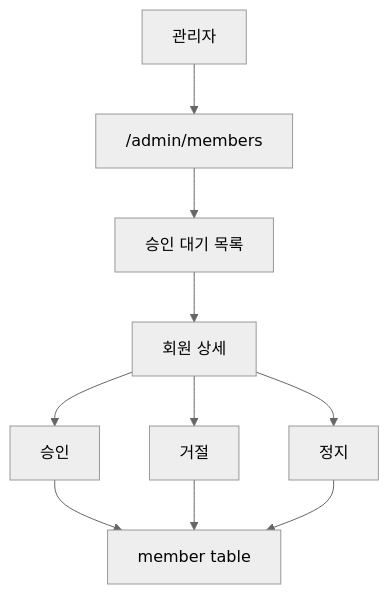
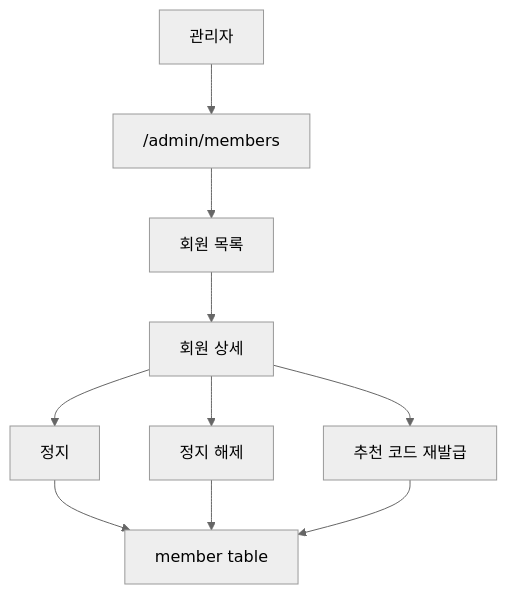
One commit to HoBaeBang/naruworks-platform changed the third of 4 diagrams in docs/architecture/auth-membership-google-approval.md. Above: the diagram before and after it, drawn with Mermaid (neutral theme). The commit also changed other lines of this file and 4 other files, not shown here.

````diff
--- a/docs/architecture/auth-membership-google-approval.md
+++ b/docs/architecture/auth-membership-google-approval.md
@@ -294,21 +292,21 @@
 ```mermaid
 flowchart TD
     Admin["관리자"]
     UserList["/admin/members"]
-    Pending["승인 대기 목록"]
+    Members["회원 목록"]
     Detail["회원 상세"]
-    Approve["승인"]
-    Reject["거절"]
     Suspend["정지"]
+    Restore["정지 해제"]
+    Rotate["추천 코드 재발급"]
     DB["member table"]
 
     Admin --> UserList
-    UserList --> Pending
-    Pending --> Detail
-    Detail --> Approve
-    Detail --> Reject
+    UserList --> Members
+    Members --> Detail
     Detail --> Suspend
-    Approve --> DB
-    Reject --> DB
+    Detail --> Restore
+    Detail --> Rotate
     Suspend --> DB
+    Restore --> DB
+    Rotate --> DB
 ```
````
